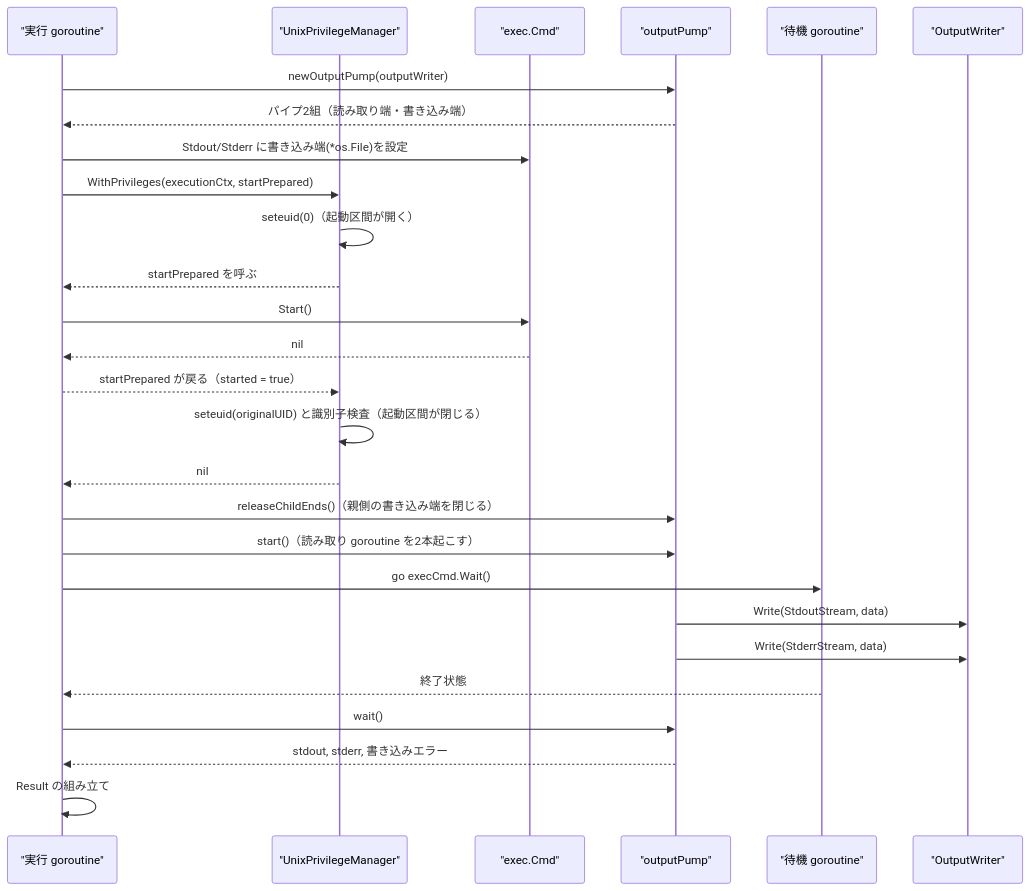
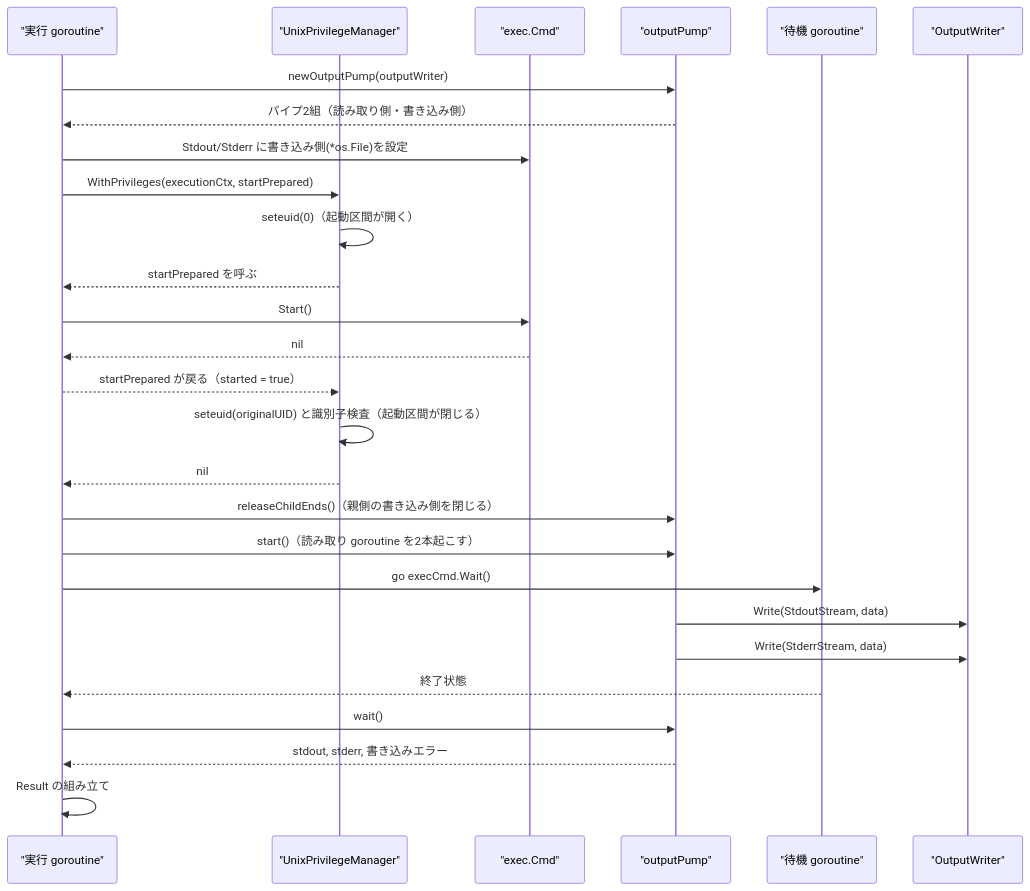
One commit to isseis/go-safe-cmd-runner changed the seventh of 13 diagrams in docs/tasks/0171_privilege_gap_narrowing/02_architecture.md. Above: the diagram before and after it, drawn with Mermaid. The commit also changed other lines of this file and 1 other file, not shown here.

First line of the commit message:
docs(0171): rename 書き込み端／読み取り端 to 書き込み側／読み取り側

````diff
--- a/docs/tasks/0171_privilege_gap_narrowing/02_architecture.md
+++ b/docs/tasks/0171_privilege_gap_narrowing/02_architecture.md
@@ -307,30 +307,30 @@
 ```mermaid
 sequenceDiagram
     participant EX as "実行 goroutine"
     participant PM as "UnixPrivilegeManager"
     participant CMD as "exec.Cmd"
     participant PUMP as "outputPump"
     participant W as "待機 goroutine"
     participant OW as "OutputWriter"
 
     EX->>PUMP: newOutputPump(outputWriter)
-    PUMP-->>EX: パイプ2組（読み取り端・書き込み端）
-    EX->>CMD: Stdout/Stderr に書き込み端(*os.File)を設定
+    PUMP-->>EX: パイプ2組（読み取り側・書き込み側）
+    EX->>CMD: Stdout/Stderr に書き込み側(*os.File)を設定
     EX->>PM: WithPrivileges(executionCtx, startPrepared)
     PM->>PM: seteuid(0)（起動区間が開く）
     PM-->>EX: startPrepared を呼ぶ
     EX->>CMD: Start()
     CMD-->>EX: nil
     EX-->>PM: startPrepared が戻る（started = true）
     PM->>PM: seteuid(originalUID) と識別子検査（起動区間が閉じる）
     PM-->>EX: nil
-    EX->>PUMP: releaseChildEnds()（親側の書き込み端を閉じる）
+    EX->>PUMP: releaseChildEnds()（親側の書き込み側を閉じる）
     EX->>PUMP: start()（読み取り goroutine を2本起こす）
     EX->>W: go execCmd.Wait()
     PUMP->>OW: Write(StdoutStream, data)
     PUMP->>OW: Write(StderrStream, data)
     W-->>EX: 終了状態
     EX->>PUMP: wait()
     PUMP-->>EX: stdout, stderr, 書き込みエラー
     EX->>EX: Result の組み立て
 ```
````
